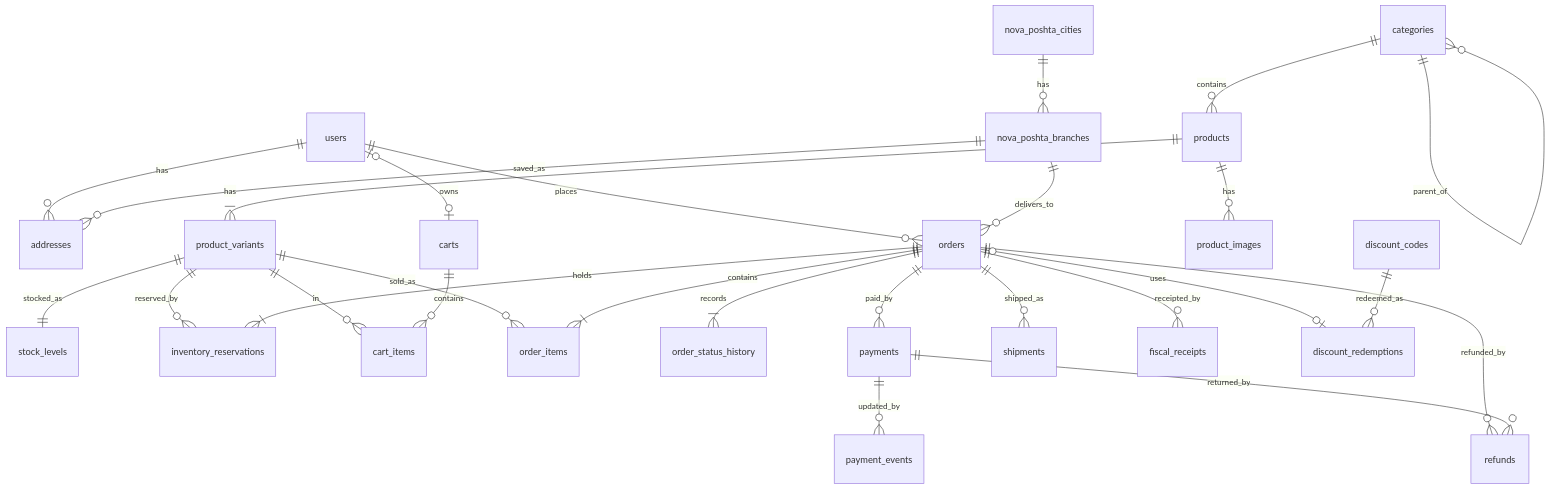
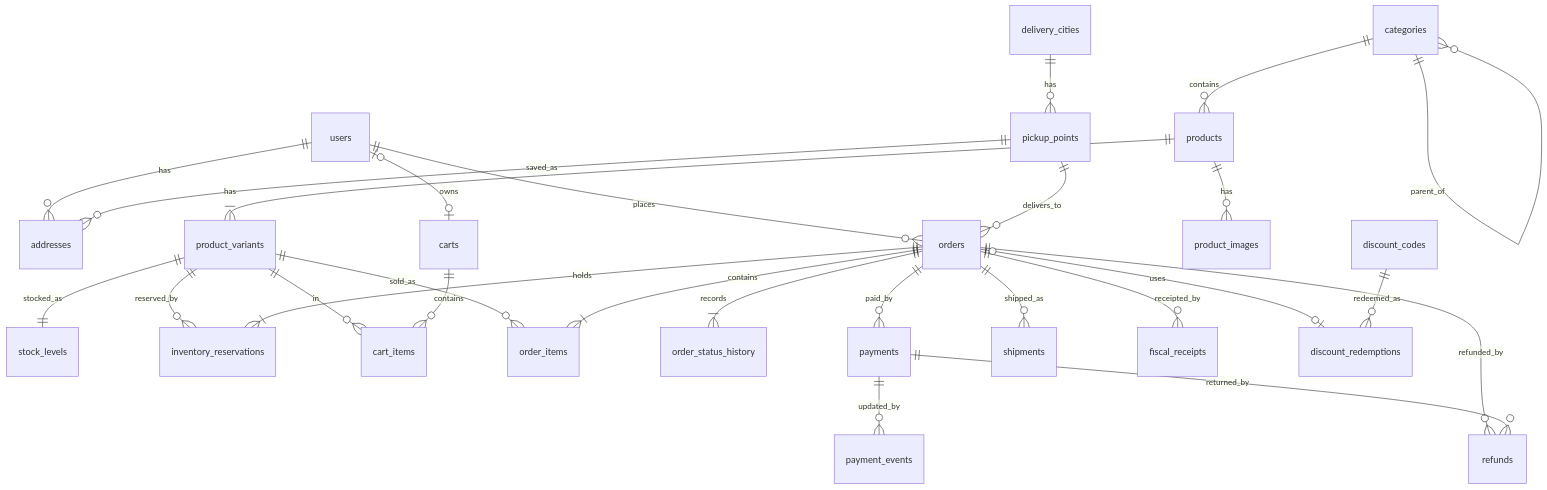
Before and after one commit to inhix/nodejs-shop: the first of 6 diagrams in docs/architecture.md, drawn with Mermaid. The commit also changed other lines of this file and 1 other file, not shown here.

First line of the commit message:
docs(docs): name carrier directories pickup_points and delivery_cities

````diff
--- a/docs/architecture.md
+++ b/docs/architecture.md
@@ -69,29 +69,29 @@
 ```mermaid
 erDiagram
     users ||--o{ addresses : has
     users ||--o{ orders : places
     users |o--o| carts : owns
     categories ||--o{ categories : parent_of
     categories ||--o{ products : contains
     products ||--|{ product_variants : has
     products ||--o{ product_images : has
     product_variants ||--|| stock_levels : stocked_as
     product_variants ||--o{ inventory_reservations : reserved_by
     product_variants ||--o{ cart_items : in
     product_variants ||--o{ order_items : sold_as
     carts ||--o{ cart_items : contains
     orders ||--|{ order_items : contains
     orders ||--|{ order_status_history : records
     orders ||--|{ inventory_reservations : holds
     orders ||--o{ payments : paid_by
     orders ||--o{ refunds : refunded_by
     orders ||--o{ shipments : shipped_as
     orders ||--o{ fiscal_receipts : receipted_by
     orders |o--o| discount_redemptions : uses
     discount_codes ||--o{ discount_redemptions : redeemed_as
     payments ||--o{ payment_events : updated_by
     payments ||--o{ refunds : returned_by
-    nova_poshta_cities ||--o{ nova_poshta_branches : has
-    nova_poshta_branches ||--o{ orders : delivers_to
-    nova_poshta_branches ||--o{ addresses : saved_as
+    delivery_cities ||--o{ pickup_points : has
+    pickup_points ||--o{ orders : delivers_to
+    pickup_points ||--o{ addresses : saved_as
 ```
````
